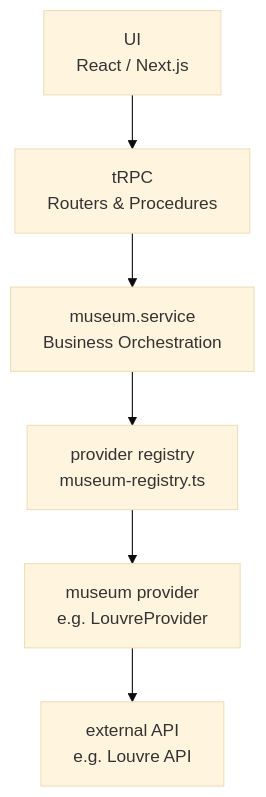
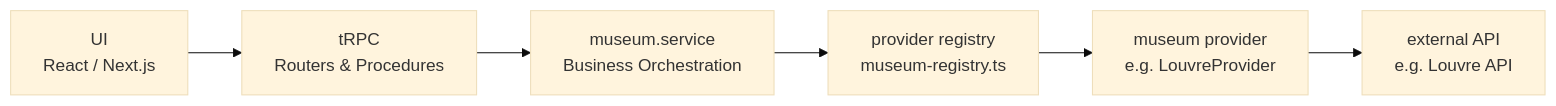
The second of 3 diagrams in README.md (Naedri/mona-souvenir), drawn with Mermaid (base theme) before and after one commit. The commit also changed other lines of this file, not shown here.

````diff
--- a/README.md
+++ b/README.md
@@ -50,21 +62,21 @@
 ```mermaid
-flowchart TD
+flowchart LR
 
     UI["UI<br/>React / Next.js"]
 
     TRPC["tRPC<br/>Routers & Procedures"]
 
     SERVICE["museum.service<br/>Business Orchestration"]
 
     REGISTRY["provider registry<br/>museum-registry.ts"]
 
     PROVIDER["museum provider<br/>e.g. LouvreProvider"]
 
     API["external API<br/>e.g. Louvre API"]
 
     UI --> TRPC
     TRPC --> SERVICE
     SERVICE --> REGISTRY
     REGISTRY --> PROVIDER
     PROVIDER --> API
 ```
````
